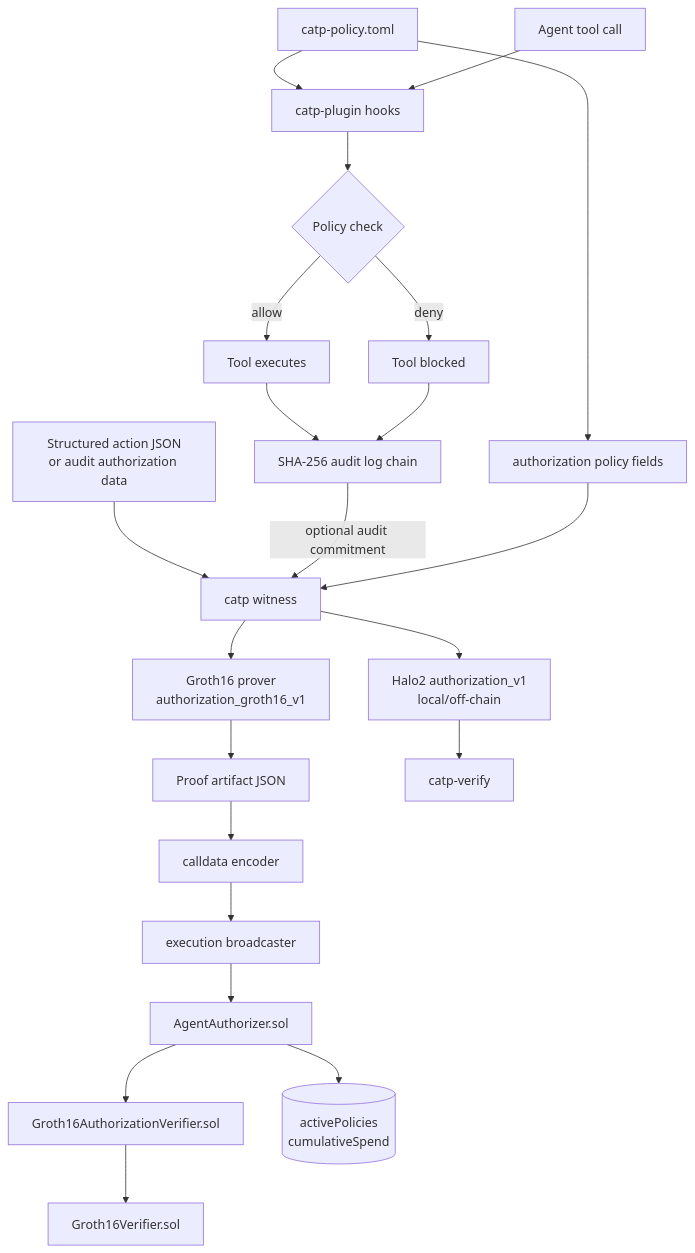
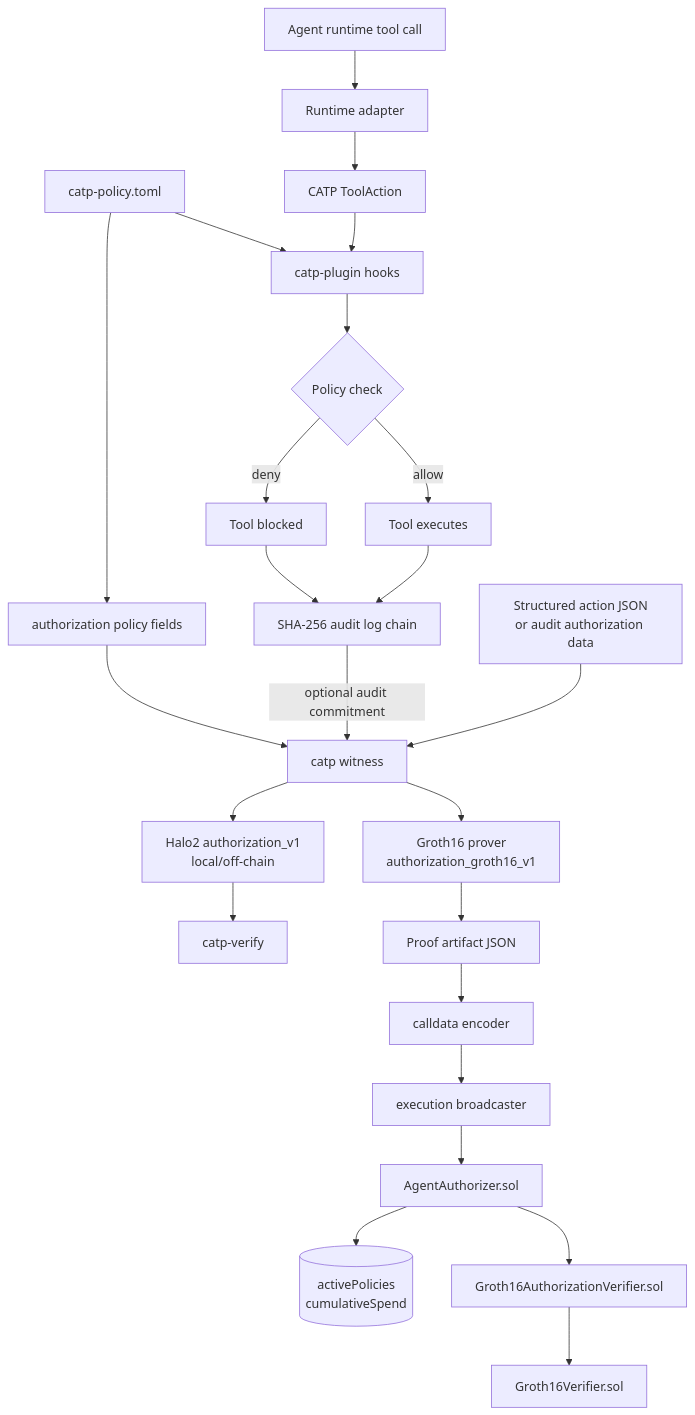
Before and after one commit to lfzkoala/catp: the first of 2 diagrams in ARCHITECTURE.md, drawn with Mermaid. The commit also changed other lines of this file and 14 other files, not shown here.

Commit message:
introduce runtime-neutral enforcement adapter

````diff
--- a/ARCHITECTURE.md
+++ b/ARCHITECTURE.md
@@ -73,29 +75,31 @@
 ```mermaid
 flowchart TD
   Policy[catp-policy.toml] --> Hook[catp-plugin hooks]
-  Agent[Agent tool call] --> Hook
+  Agent[Agent runtime tool call] --> Adapter[Runtime adapter]
+  Adapter --> ToolAction[CATP ToolAction]
+  ToolAction --> Hook
 
   Hook --> Decision{Policy check}
   Decision -->|allow| ExecuteLocal[Tool executes]
   Decision -->|deny| BlockLocal[Tool blocked]
   ExecuteLocal --> Audit[SHA-256 audit log chain]
   BlockLocal --> Audit
 
   Policy --> AuthPolicy[authorization policy fields]
   ActionInput[Structured action JSON<br/>or audit authorization data] --> Witness[catp witness]
   Audit -->|optional audit commitment| Witness
   AuthPolicy --> Witness
 
   Witness --> Groth16Prover[Groth16 prover<br/>authorization_groth16_v1]
   Groth16Prover --> ProofArtifact[Proof artifact JSON]
   ProofArtifact --> Encoder[calldata encoder]
   Encoder --> Broadcaster[execution broadcaster]
 
   Broadcaster --> AgentAuthorizer[AgentAuthorizer.sol]
   AgentAuthorizer --> Wrapper[Groth16AuthorizationVerifier.sol]
   Wrapper --> Verifier[Groth16Verifier.sol]
   AgentAuthorizer --> State[(activePolicies<br/>cumulativeSpend)]
 
   Witness --> Halo2Path[Halo2 authorization_v1<br/>local/off-chain]
   Halo2Path --> VerifyService[catp-verify]
 ```
````
